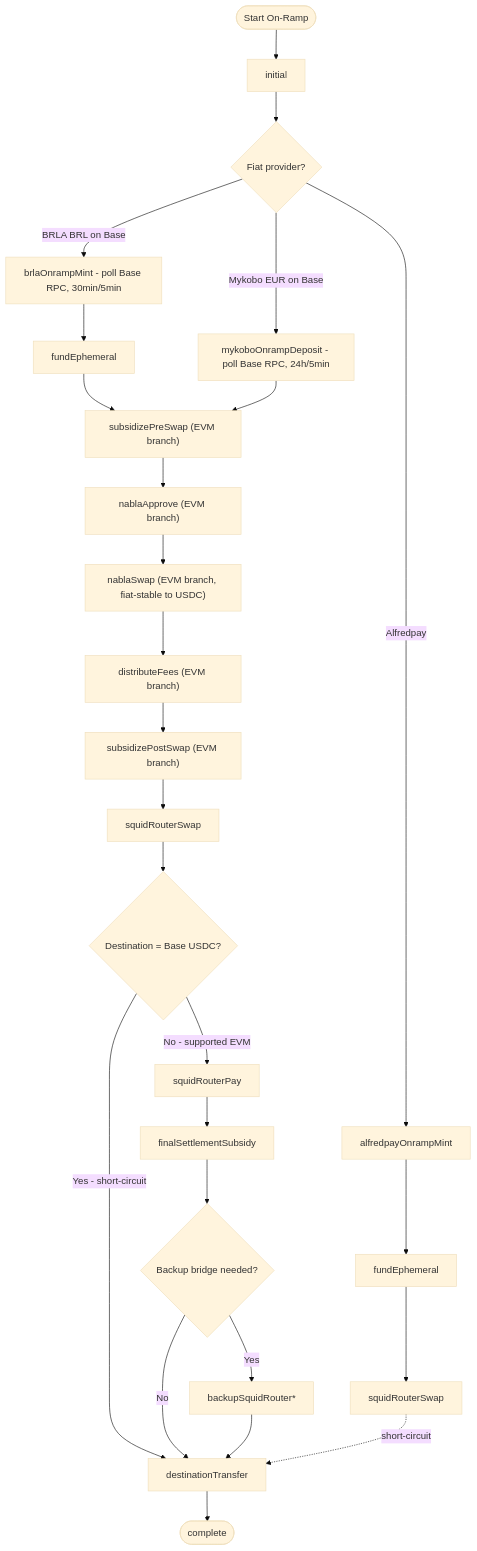
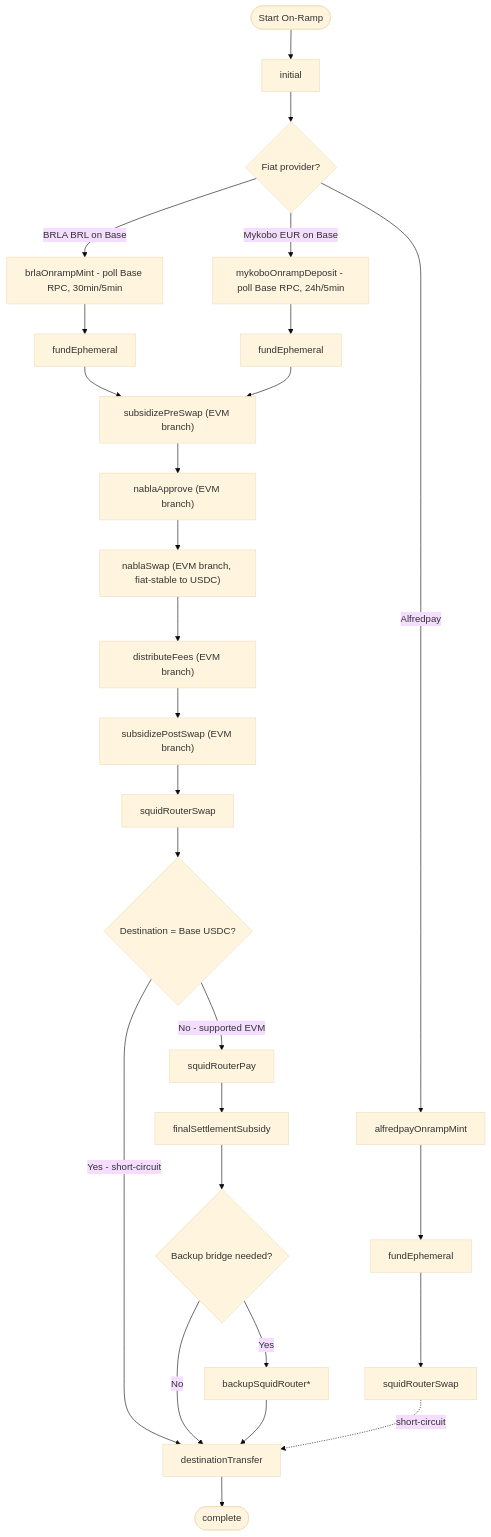
One commit to pendulum-chain/vortex changed the first of 2 diagrams in docs/security-spec/03-ramp-engine/ramp-phase-flows.md. Above: the diagram before and after it, drawn with Mermaid (base theme). The commit also changed other lines of this file and 5 other files, not shown here.

First line of the commit message:
docs(security-spec): sync specs with F-068 + EUR onramp fundEphemeral wiring

````diff
--- a/docs/security-spec/03-ramp-engine/ramp-phase-flows.md
+++ b/docs/security-spec/03-ramp-engine/ramp-phase-flows.md
@@ -61,43 +61,42 @@
 ```mermaid
 graph TD
     Start([Start On-Ramp]) --> Init[initial]
     Init --> Provider{Fiat provider?}
 
     %% --- Per-corridor fiat-watch entry phases ---
     Provider -->|BRLA BRL on Base| BrlaMint[brlaOnrampMint - poll Base RPC, 30min/5min]
     Provider -->|Mykobo EUR on Base| MykMint[mykoboOnrampDeposit - poll Base RPC, 24h/5min]
     Provider -->|Alfredpay| AfMint[alfredpayOnrampMint]
 
-    %% --- BRL funds the ephemeral; EUR skips fundEphemeral entirely ---
+    %% --- Both BRL and EUR fund the Base ephemeral with ETH gas before swap ---
     BrlaMint --> BrlaFund[fundEphemeral]
+    MykMint --> MykFund[fundEphemeral]
     BrlaFund --> SubPreEvm
-
-    %% --- EUR: mykoboOnrampDeposit transitions directly to subsidizePreSwap ---
-    MykMint --> SubPreEvm
+    MykFund --> SubPreEvm
 
     %% --- Shared Base-EVM swap chain (BRL + EUR) ---
     SubPreEvm["subsidizePreSwap (EVM branch)"] --> ApproveEvm["nablaApprove (EVM branch)"]
     ApproveEvm --> SwapEvm["nablaSwap (EVM branch, fiat-stable to USDC)"]
     SwapEvm --> DistEvm["distributeFees (EVM branch)"]
     DistEvm --> SubPostEvm["subsidizePostSwap (EVM branch)"]
     SubPostEvm --> SquidSwap[squidRouterSwap]
 
     %% --- Destination routing (shared) ---
     SquidSwap --> Dest{Destination = Base USDC?}
     Dest -->|Yes - short-circuit| DestTransfer[destinationTransfer]
     Dest -->|No - supported EVM| SquidPay[squidRouterPay]
     SquidPay --> FinalSubsidy[finalSettlementSubsidy]
     FinalSubsidy --> Backup{Backup bridge needed?}
     Backup -->|Yes| BackupSquid[backupSquidRouter*]
     Backup -->|No| DestTransfer
     BackupSquid --> DestTransfer
 
     %% --- Alfredpay branch: squidRouterSwap handler short-circuits to destinationTransfer ---
     %% (squid-router-phase-handler.ts:72 detects isAlfredpayOnramp and skips squidRouterPay + finalSettlementSubsidy)
     AfMint --> AfFund[fundEphemeral]
     AfFund --> AfSquidSwap[squidRouterSwap]
     AfSquidSwap -.short-circuit.-> DestTransfer
 
     %% --- Terminal ---
     DestTransfer --> Complete([complete])
 ```
````
